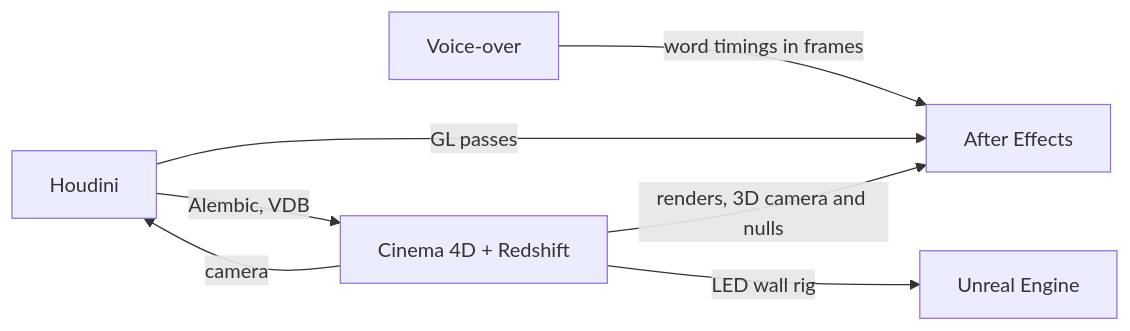
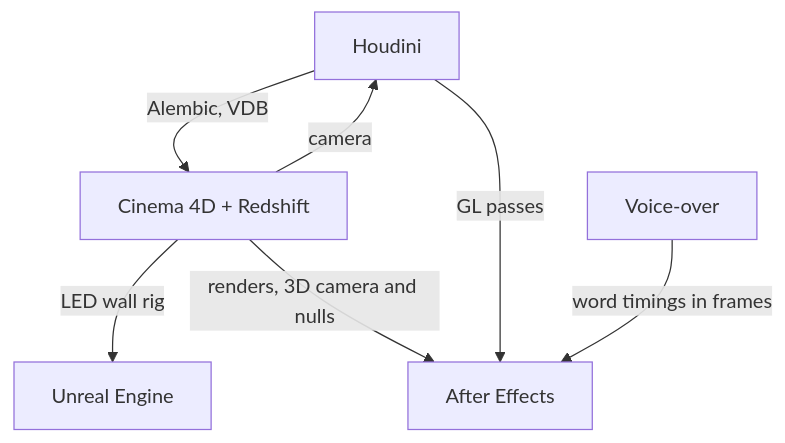
One commit to dima-rdnv/claude-skills changed the diagram in README.md. Above: the diagram before and after it, drawn with Mermaid.

Commit message:
README: top-down hand-off diagram so no node sits under GitHub's zoom controls

````diff
--- a/README.md
+++ b/README.md
@@ -31,9 +31,9 @@
 ```mermaid
-flowchart LR
-  VO["Voice-over"] -- "word timings in frames" --> AE
+flowchart TB
   H["Houdini"] -- "Alembic, VDB" --> C4D["Cinema 4D + Redshift"]
   C4D -- "camera" --> H
-  H -- "GL passes" --> AE["After Effects"]
-  C4D -- "renders, 3D camera and nulls" --> AE
   C4D -- "LED wall rig" --> UE["Unreal Engine"]
+  C4D -- "renders, 3D camera and nulls" --> AE["After Effects"]
+  H -- "GL passes" --> AE
+  VO["Voice-over"] -- "word timings in frames" --> AE
 ```
````
